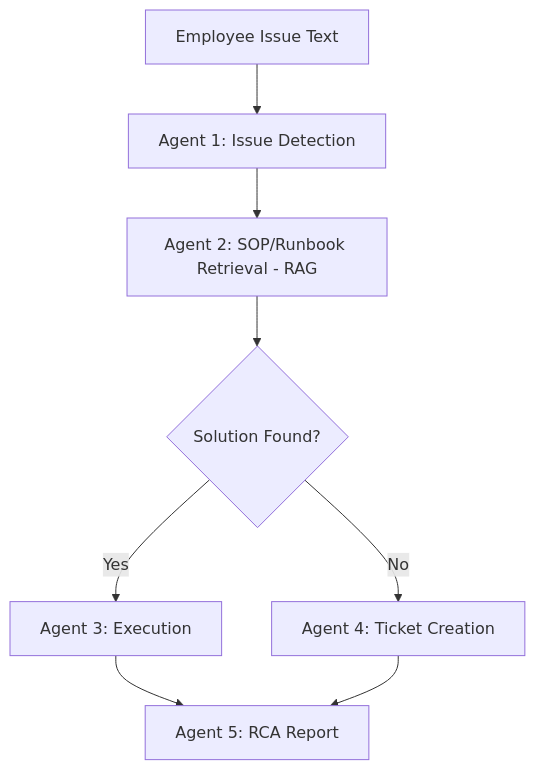
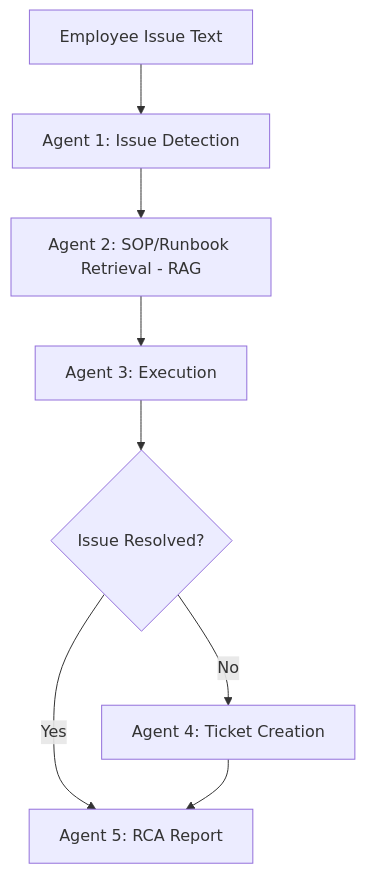
The diagram in README.md (vivekanand85/IT-Support-RCA-agent), drawn with Mermaid before and after one commit. The commit also changed other lines of this file, not shown here.

````diff
--- a/README.md
+++ b/README.md
@@ -24,10 +24,10 @@
 ```mermaid
 flowchart TD
     A[Employee Issue Text] --> B[Agent 1: Issue Detection]
     B --> C[Agent 2: SOP/Runbook Retrieval - RAG]
-    C --> D{Solution Found?}
-    D -- Yes --> E[Agent 3: Execution]
-    D -- No --> F[Agent 4: Ticket Creation]
-    E --> G[Agent 5: RCA Report]
-    F --> G
+    C --> D[Agent 3: Execution]
+    D --> E{Issue Resolved?}
+    E -- Yes --> F[Agent 5: RCA Report]
+    E -- No --> G[Agent 4: Ticket Creation]
+    G --> F
 ```
````
